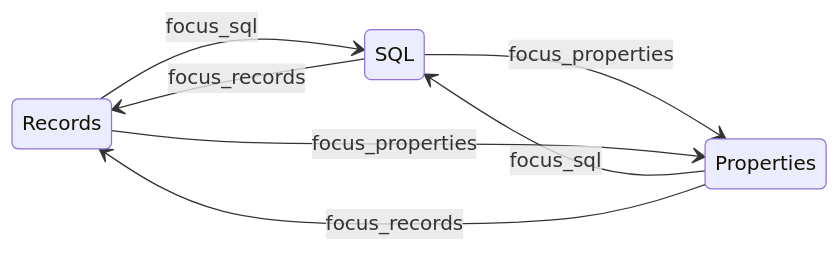
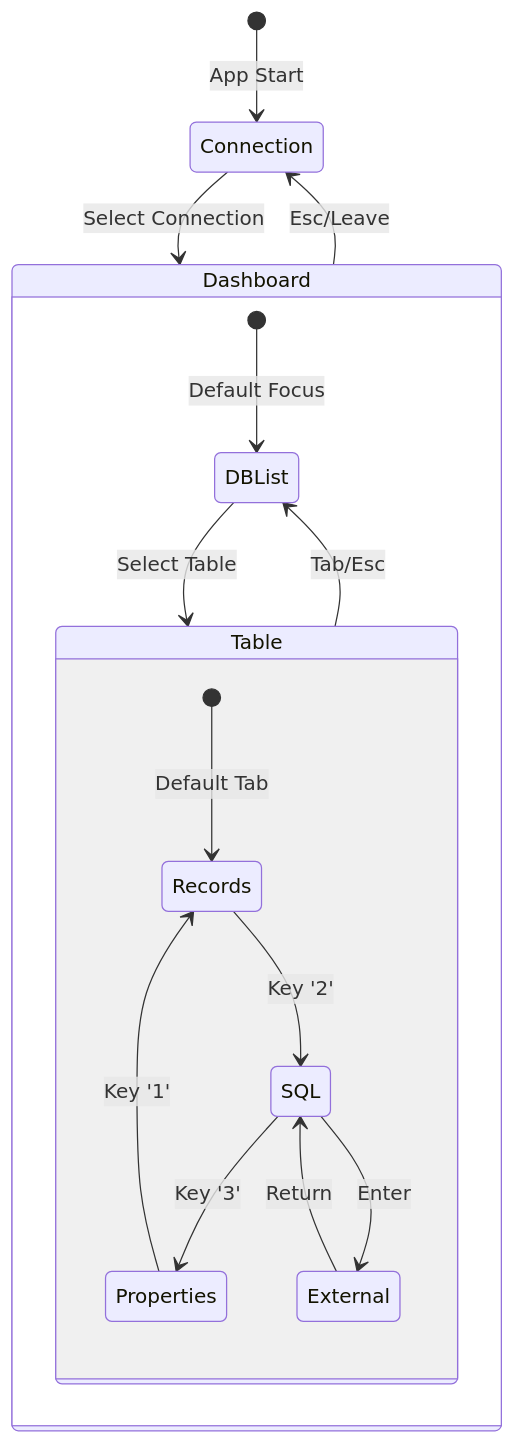
Before and after one commit to ppdx999/clazydbm: the second of 2 diagrams in ARCHITECTURE.md, drawn with Mermaid. The commit also changed other lines of this file, not shown here.

First line of the commit message:
docs: completely rewrite ARCHITECTURE.md to reflect current implementation

````diff
--- a/ARCHITECTURE.md
+++ b/ARCHITECTURE.md
@@ -30,12 +150,22 @@
 ```mermaid
 stateDiagram-v2
-    direction LR
-    Records --> SQL: focus_sql
-    SQL --> Records: focus_records
+    [*] --> Connection: App Start
+    Connection --> Dashboard: Select Connection
+    Dashboard --> Connection: Esc/Leave
     
-    SQL --> Properties: focus_properties
-    Properties --> SQL: focus_sql
-    
-    Properties --> Records: focus_records
-    Records --> Properties: focus_properties
+    state Dashboard {
+        [*] --> DBList: Default Focus
+        DBList --> Table: Select Table
+        Table --> DBList: Tab/Esc
+        
+        state Table {
+            [*] --> Records: Default Tab
+            Records --> SQL: Key '2'
+            SQL --> Properties: Key '3'
+            Properties --> Records: Key '1'
+            
+            SQL --> External: Enter
+            External --> SQL: Return
+        }
+    }
 ```
````
